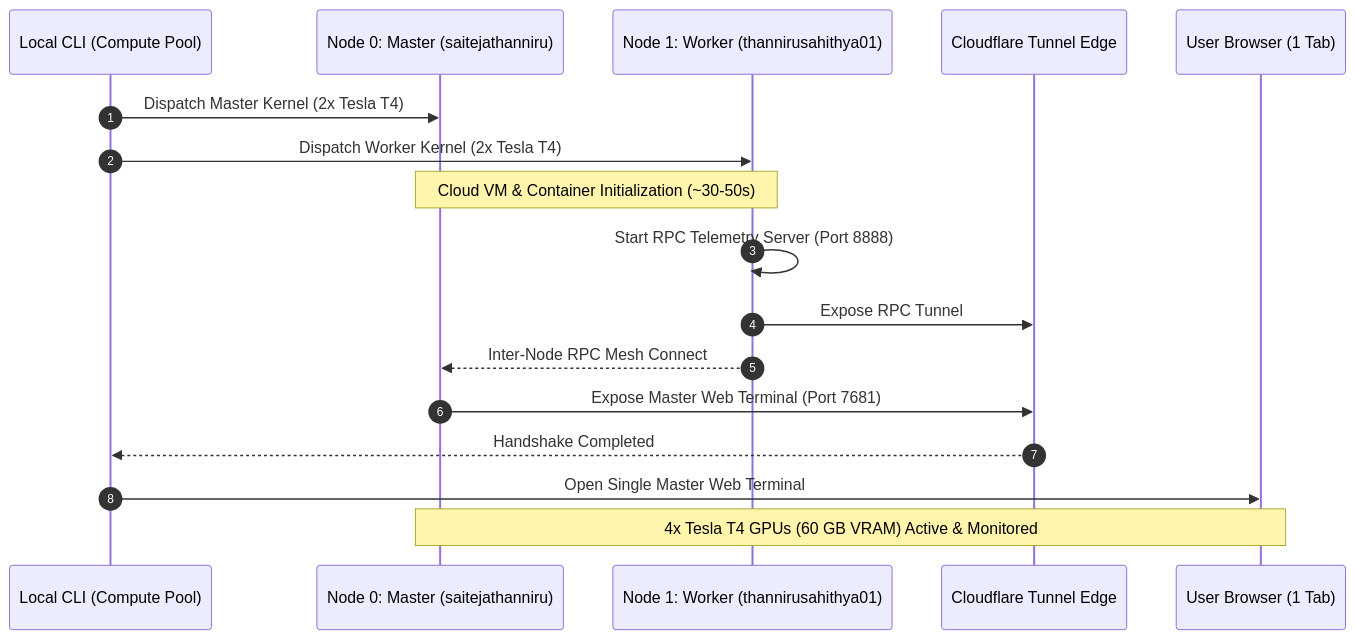
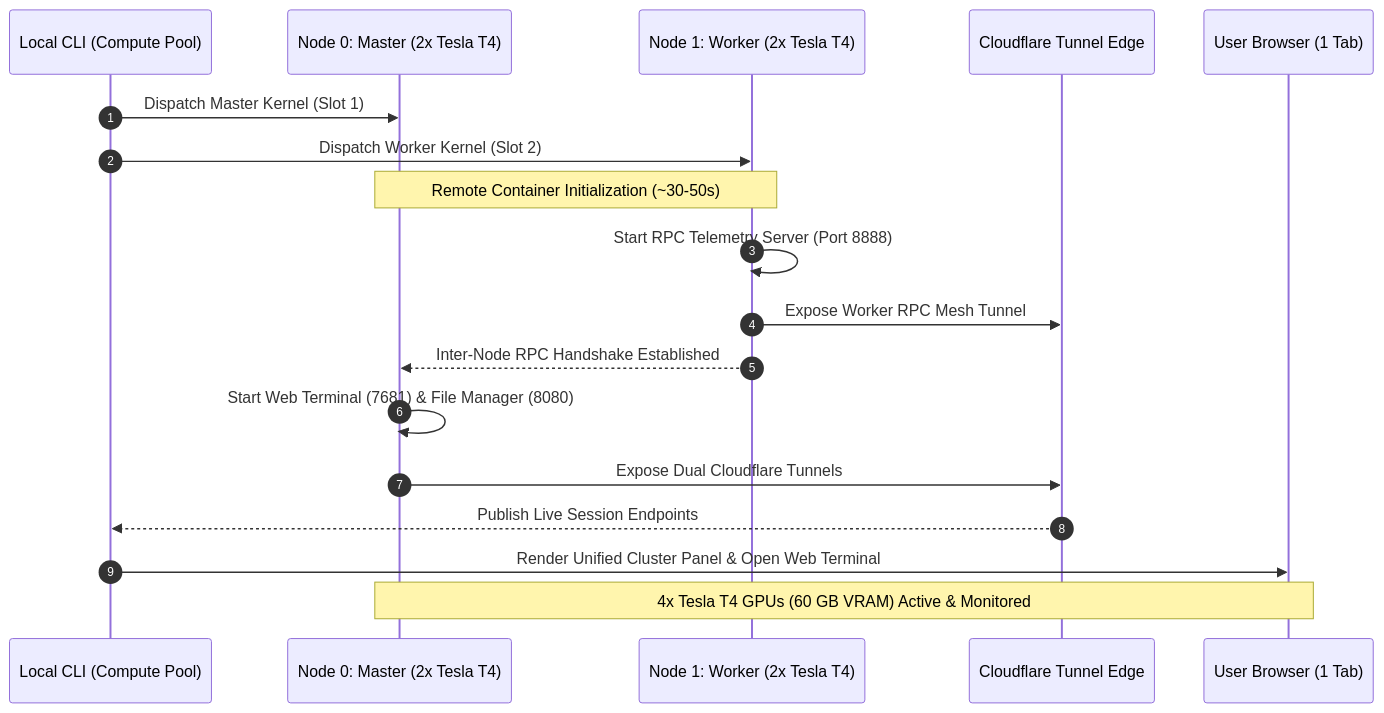
Before and after one commit to iam-saiteja/Compute-Pool: the diagram in README.md, drawn with Mermaid. The commit also changed other lines of this file and 1 other file, not shown here.

Commit message:
docs(readme): comprehensive architecture, performance benchmarks, roadmap, and GitHub Actions CI

````diff
--- a/README.md
+++ b/README.md
@@ -39,20 +61,21 @@
 ```mermaid
 sequenceDiagram
     autonumber
     participant CLI as Local CLI (Compute Pool)
-    participant M as Node 0: Master (saitejathanniru)
-    participant W as Node 1: Worker (thannirusahithya01)
+    participant M as Node 0: Master (2x Tesla T4)
+    participant W as Node 1: Worker (2x Tesla T4)
     participant CF as Cloudflare Tunnel Edge
     participant B as User Browser (1 Tab)
 
-    CLI->>M: Dispatch Master Kernel (2x Tesla T4)
-    CLI->>W: Dispatch Worker Kernel (2x Tesla T4)
-    Note over M,W: Cloud VM & Container Initialization (~30-50s)
+    CLI->>M: Dispatch Master Kernel (Slot 1)
+    CLI->>W: Dispatch Worker Kernel (Slot 2)
+    Note over M,W: Remote Container Initialization (~30-50s)
     W->>W: Start RPC Telemetry Server (Port 8888)
-    W->>CF: Expose RPC Tunnel
-    W-->>M: Inter-Node RPC Mesh Connect
-    M->>CF: Expose Master Web Terminal (Port 7681)
-    CF-->>CLI: Handshake Completed
-    CLI->>B: Open Single Master Web Terminal
+    W->>CF: Expose Worker RPC Mesh Tunnel
+    W-->>M: Inter-Node RPC Handshake Established
+    M->>M: Start Web Terminal (7681) & File Manager (8080)
+    M->>CF: Expose Dual Cloudflare Tunnels
+    CF-->>CLI: Publish Live Session Endpoints
+    CLI->>B: Render Unified Cluster Panel & Open Web Terminal
     Note over B,M: 4x Tesla T4 GPUs (60 GB VRAM) Active & Monitored
 ```
````
